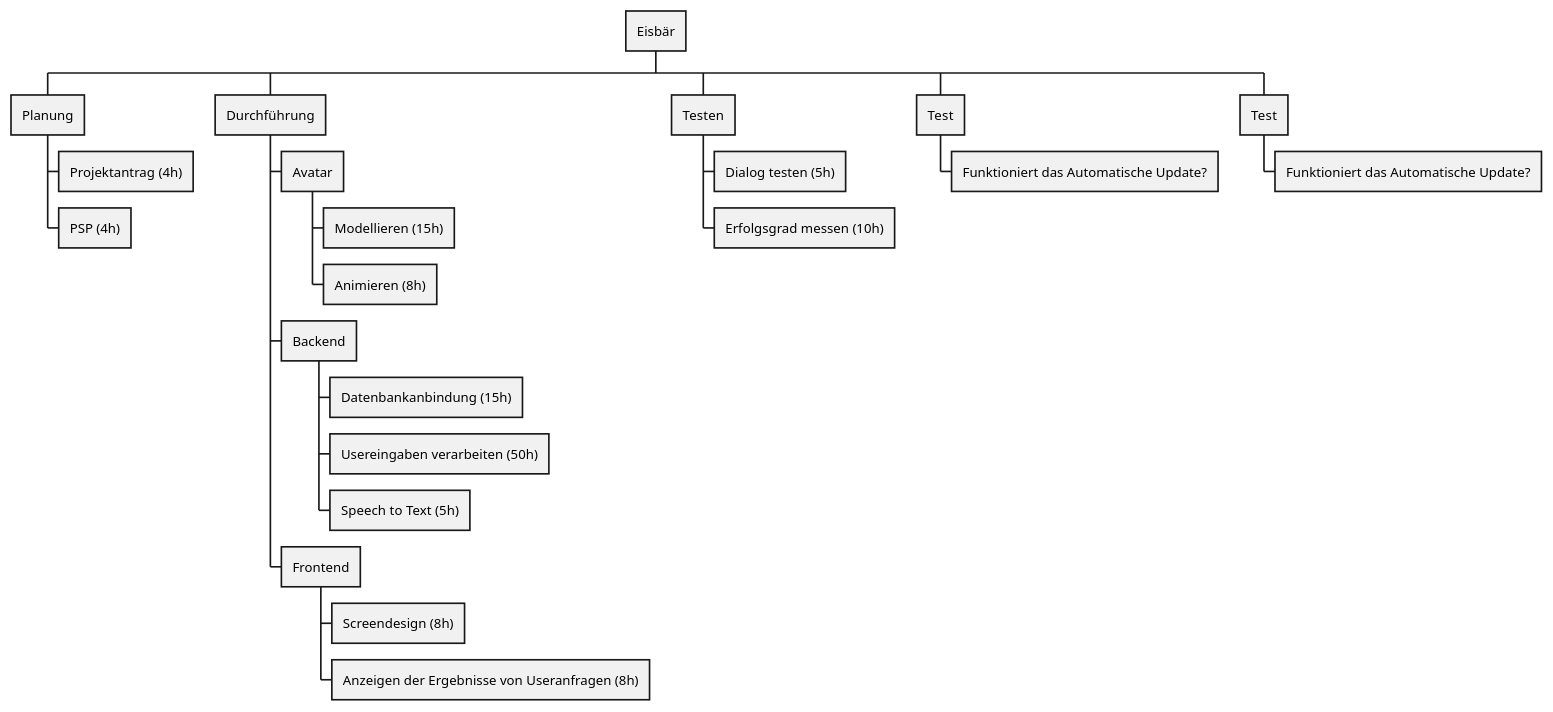
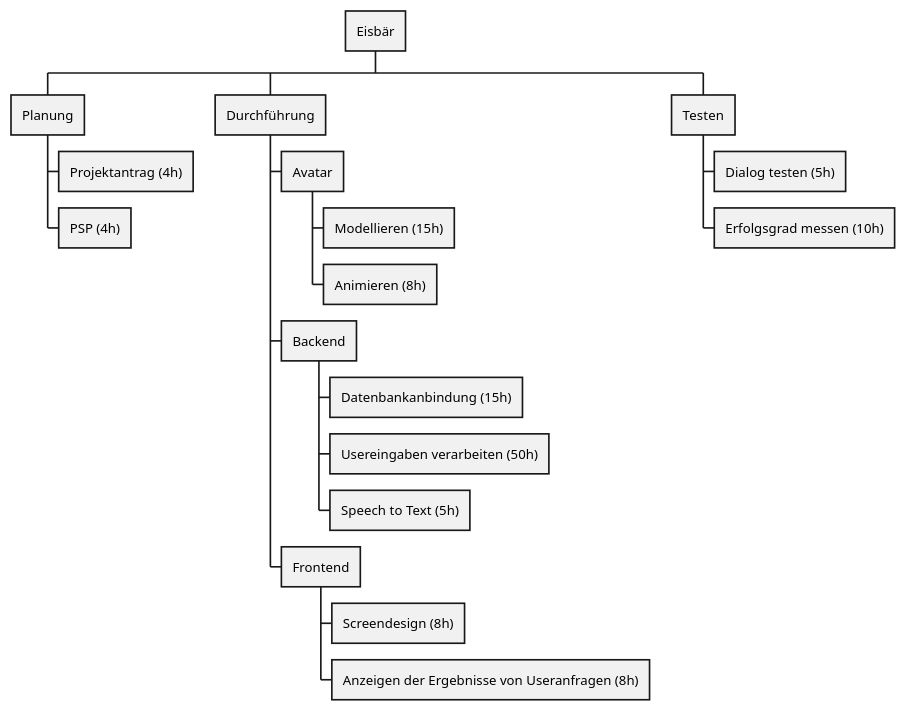
One commit to 2425-4bhitm-itp/eisbaer changed the diagram in documents/psp.puml. Above: the diagram before and after it, drawn with PlantUML. The commit also changed 1 other file, not shown here.

```diff
--- a/documents/psp.puml
+++ b/documents/psp.puml
@@ -1,24 +1,20 @@
 @startwbs
 * Eisbär
 ** Planung
 *** Projektantrag (4h)
 *** PSP (4h)
 ** Durchführung
 *** Avatar
 **** Modellieren (15h)
 **** Animieren (8h)
 *** Backend
 **** Datenbankanbindung (15h)
 **** Usereingaben verarbeiten (50h)
 **** Speech to Text (5h)
 *** Frontend
 **** Screendesign (8h)
 **** Anzeigen der Ergebnisse von Useranfragen (8h)
 ** Testen
 *** Dialog testen (5h)
 *** Erfolgsgrad messen (10h)
-** Test
-*** Funktioniert das Automatische Update?
-** Test
-*** Funktioniert das Automatische Update?
 @endwbs
```
